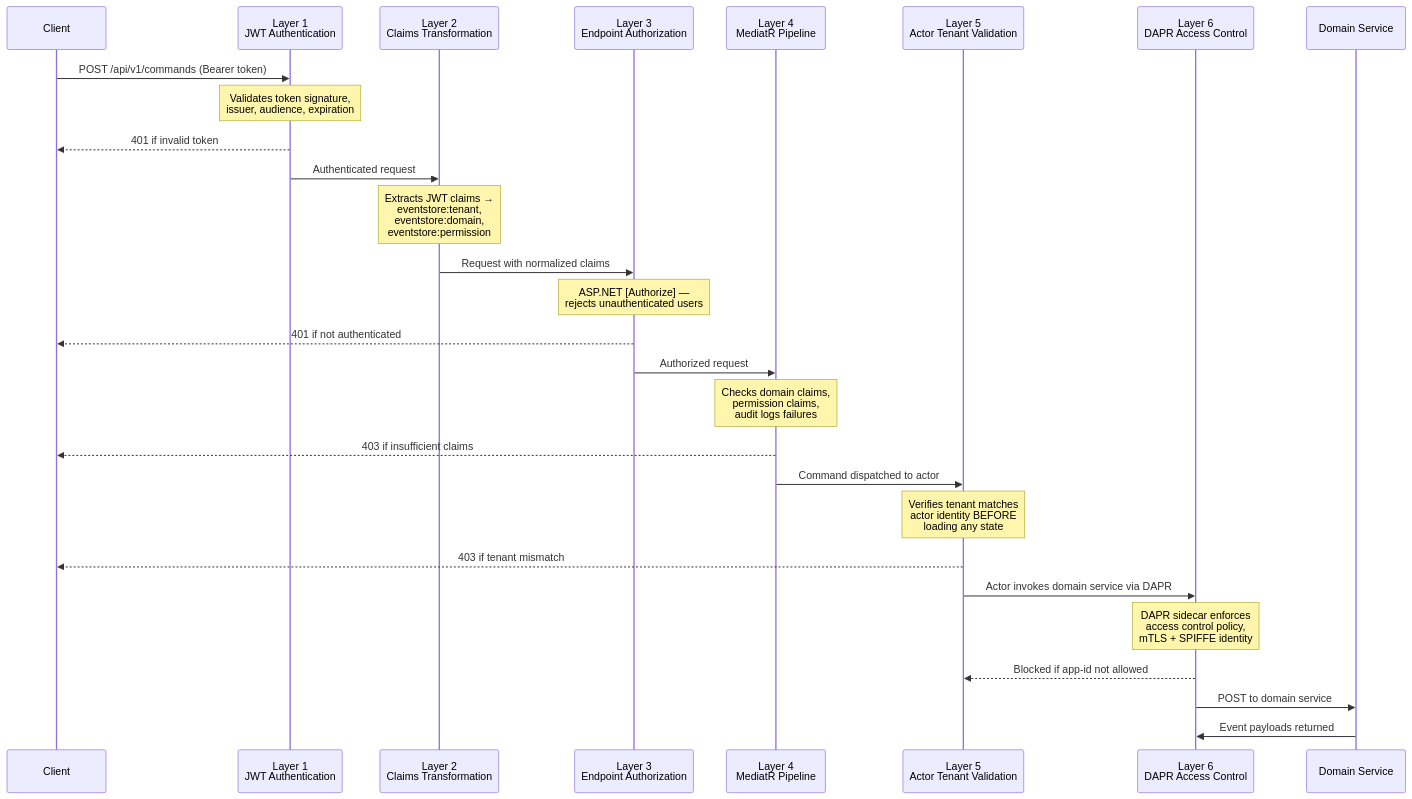
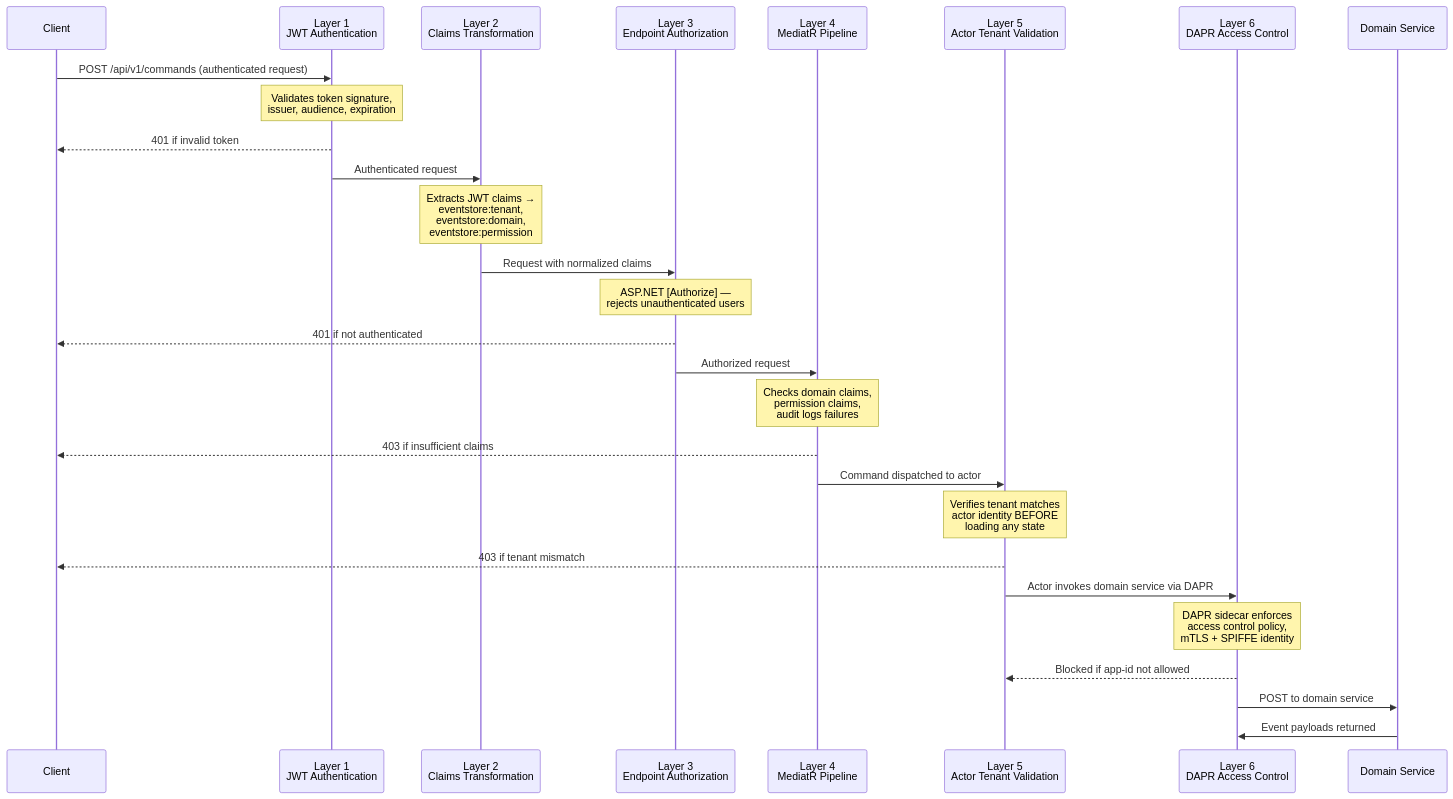
The diagram in docs/guides/security-model.md (Hexalith/Hexalith.EventStore), drawn with Mermaid before and after one commit. The commit also changed 244 other files, not shown here.

````diff
--- a/docs/guides/security-model.md
+++ b/docs/guides/security-model.md
@@ -25,37 +25,37 @@
 ```mermaid
 sequenceDiagram
     participant Client
     participant L1 as Layer 1<br/>JWT Authentication
     participant L2 as Layer 2<br/>Claims Transformation
     participant L3 as Layer 3<br/>Endpoint Authorization
     participant L4 as Layer 4<br/>MediatR Pipeline
     participant L5 as Layer 5<br/>Actor Tenant Validation
     participant L6 as Layer 6<br/>DAPR Access Control
     participant DS as Domain Service
 
-    Client->>L1: POST /api/v1/commands (Bearer token)
+    Client->>L1: POST /api/v1/commands (authenticated request)
     Note over L1: Validates token signature,<br/>issuer, audience, expiration
     L1-->>Client: 401 if invalid token
 
     L1->>L2: Authenticated request
     Note over L2: Extracts JWT claims →<br/>eventstore:tenant,<br/>eventstore:domain,<br/>eventstore:permission
 
     L2->>L3: Request with normalized claims
     Note over L3: ASP.NET [Authorize] —<br/>rejects unauthenticated users
     L3-->>Client: 401 if not authenticated
 
     L3->>L4: Authorized request
     Note over L4: Checks domain claims,<br/>permission claims,<br/>audit logs failures
     L4-->>Client: 403 if insufficient claims
 
     L4->>L5: Command dispatched to actor
     Note over L5: Verifies tenant matches<br/>actor identity BEFORE<br/>loading any state
     L5-->>Client: 403 if tenant mismatch
 
     L5->>L6: Actor invokes domain service via DAPR
     Note over L6: DAPR sidecar enforces<br/>access control policy,<br/>mTLS + SPIFFE identity
     L6-->>L5: Blocked if app-id not allowed
 
     L6->>DS: POST to domain service
     DS->>L6: Event payloads returned
 ```
````
